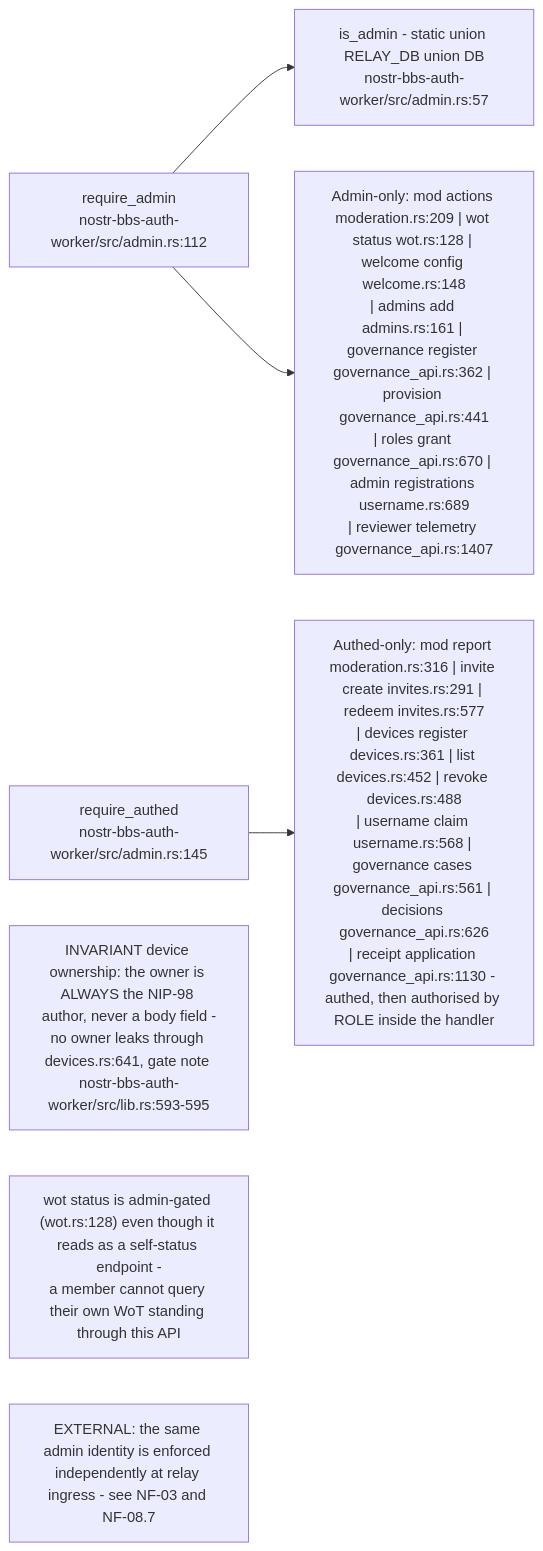
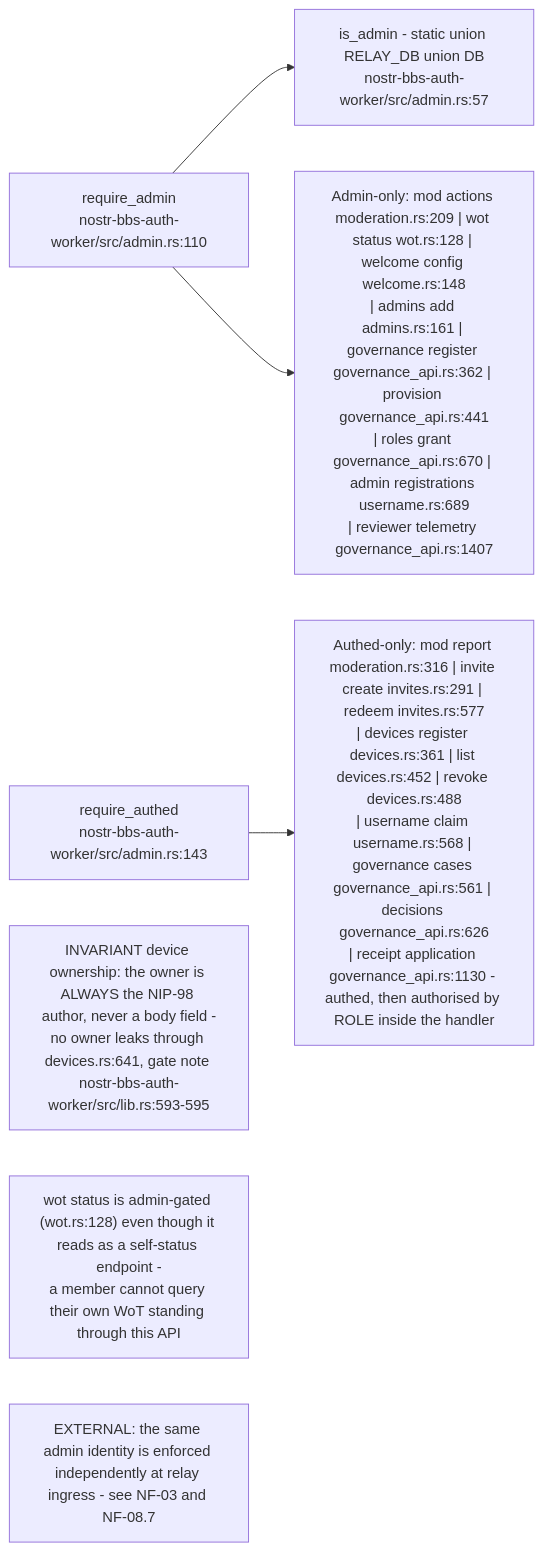
The sixth of 9 diagrams in docs/diagrams/nostr-rust-forum/02-auth-worker-passkey-nip98-and-membership.md (DreamLab-AI/VisionFlow), drawn with Mermaid before and after one commit. The commit also changed other lines of this file and 91 other files, not shown here.

````diff
--- a/docs/diagrams/nostr-rust-forum/02-auth-worker-passkey-nip98-and-membership.md
+++ b/docs/diagrams/nostr-rust-forum/02-auth-worker-passkey-nip98-and-membership.md
@@ -206,17 +212,17 @@
 ```mermaid
 flowchart LR
-    RA["require_admin<br/>nostr-bbs-auth-worker/src/admin.rs:112"]
-    RU["require_authed<br/>nostr-bbs-auth-worker/src/admin.rs:145"]
+    RA["require_admin<br/>nostr-bbs-auth-worker/src/admin.rs:110"]
+    RU["require_authed<br/>nostr-bbs-auth-worker/src/admin.rs:143"]
     ISA["is_admin - static union RELAY_DB union DB<br/>nostr-bbs-auth-worker/src/admin.rs:57"]
 
     RA --> ISA
     ADMINONLY["Admin-only: mod actions moderation.rs:209 | wot status wot.rs:128 | welcome config welcome.rs:148<br/>| admins add admins.rs:161 | governance register governance_api.rs:362 | provision governance_api.rs:441<br/>| roles grant governance_api.rs:670 | admin registrations username.rs:689<br/>| reviewer telemetry governance_api.rs:1407"]
     AUTHED["Authed-only: mod report moderation.rs:316 | invite create invites.rs:291 | redeem invites.rs:577<br/>| devices register devices.rs:361 | list devices.rs:452 | revoke devices.rs:488<br/>| username claim username.rs:568 | governance cases governance_api.rs:561 | decisions governance_api.rs:626<br/>| receipt application governance_api.rs:1130 - authed, then authorised by ROLE inside the handler"]
 
     RA --> ADMINONLY
     RU --> AUTHED
 
     N1["INVARIANT device ownership: the owner is ALWAYS the NIP-98 author, never a body field -<br/>no owner leaks through devices.rs:641, gate note nostr-bbs-auth-worker/src/lib.rs:593-595"]
     N2["wot status is admin-gated (wot.rs:128) even though it reads as a self-status endpoint -<br/>a member cannot query their own WoT standing through this API"]
     N3["EXTERNAL: the same admin identity is enforced independently at relay ingress - see NF-03 and NF-08.7"]
 ```
````
